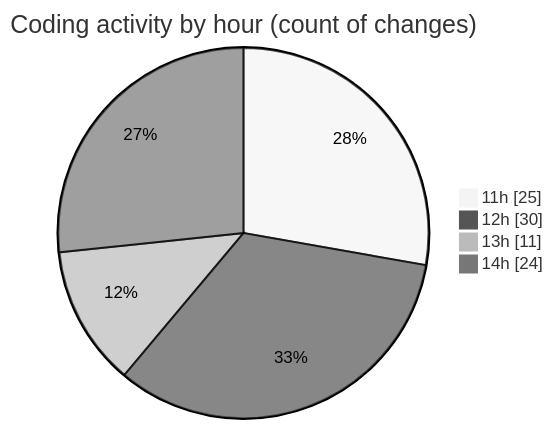
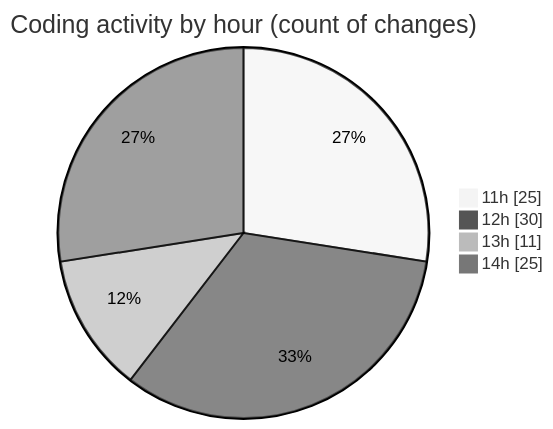
The second of 2 diagrams in 2025-08-13/nxtqube_webapp/README.md (nxtqubesakshisongat/code-tracking), drawn with Mermaid (neutral theme) before and after one commit. The commit also changed other lines of this file and 1 other file, not shown here.

````diff
--- a/2025-08-13/nxtqube_webapp/README.md
+++ b/2025-08-13/nxtqube_webapp/README.md
@@ -35,8 +35,8 @@
 ```mermaid
 pie showData
 title Coding activity by hour (count of changes)
 "11h" : 25
 "12h" : 30
 "13h" : 11
-"14h" : 24
+"14h" : 25
 ```
````
